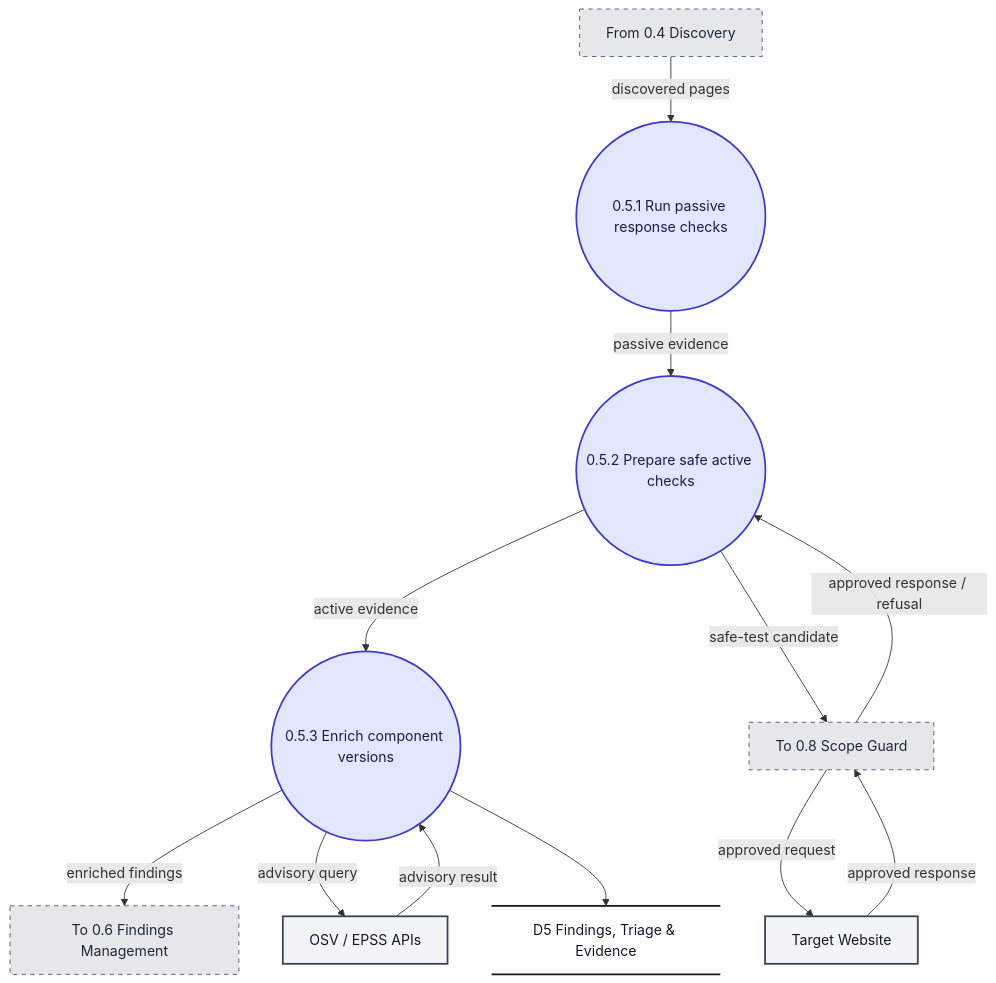
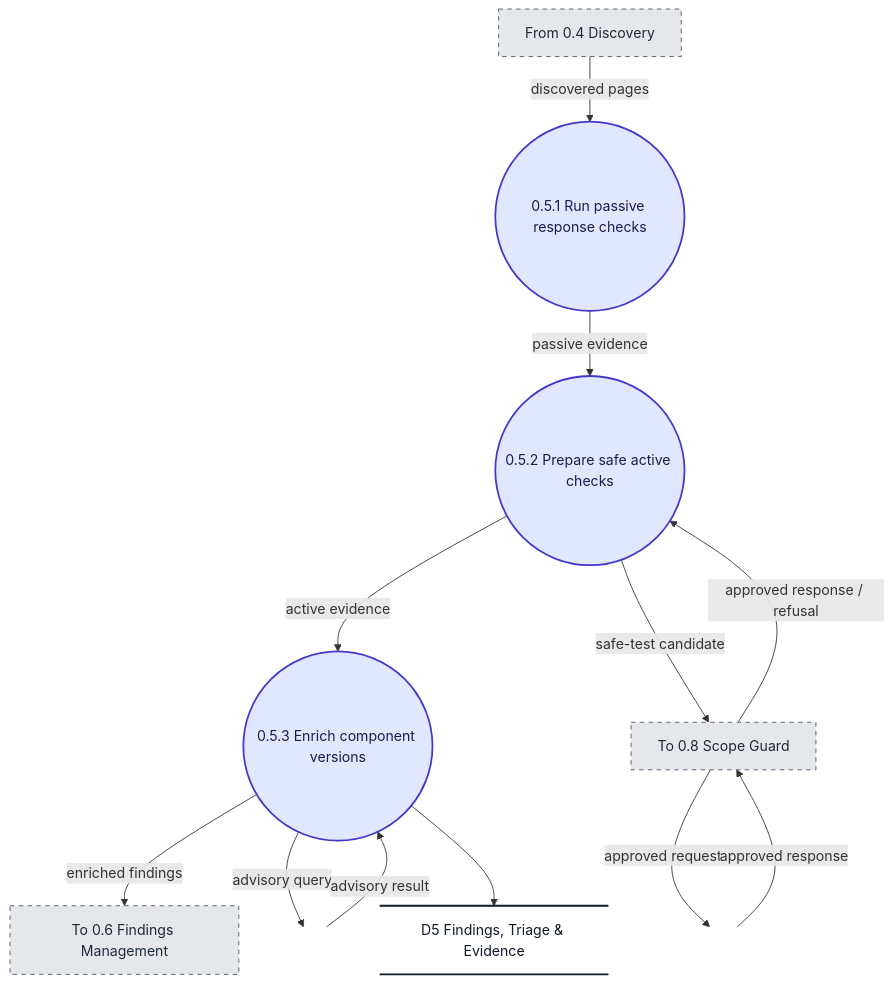
One commit to ksacheth/software-engineering changed the diagram in docs/dfd/mermaid/f.5.mmd. Above: the diagram before and after it, drawn with Mermaid. The commit also changed 19 other files, not shown here.

```diff
--- a/docs/dfd/mermaid/f.5.mmd
+++ b/docs/dfd/mermaid/f.5.mmd
@@ -1,37 +1,39 @@
 flowchart TD
     %% Level 2 DFD - F.5 Vulnerability Detection
+    %% External entities appear only in the Level 0 context diagram
+    %% (Rajib Mall, Ch. 6); boundary arrows carry cross-boundary flows.
 
     I_From["From 0.4 Discovery"]
     I_To["To 0.6 Findings Management"]
     I_ScopeGuard["To 0.8 Scope Guard"]
 
     P51(("0.5.1 Run passive response checks"))
     P52(("0.5.2 Prepare safe active checks"))
     P53(("0.5.3 Enrich component versions"))
 
     D5@{ shape: datastore, label: "D5 Findings, Triage & Evidence" }
-    Target["Target Website"]
-    OSV["OSV / EPSS APIs"]
+    B_Target[" "]
+    B_OSV[" "]
 
     I_From -->|"discovered pages"| P51
     P51 -->|"passive evidence"| P52
     P52 -->|"active evidence"| P53
     P53 -->|"enriched findings"| I_To
 
     P52 -->|"safe-test candidate"| I_ScopeGuard
-    I_ScopeGuard -->|"approved request"| Target
-    Target -->|"approved response"| I_ScopeGuard
+    I_ScopeGuard -->|"approved request"| B_Target
+    B_Target -->|"approved response"| I_ScopeGuard
     I_ScopeGuard -->|"approved response / refusal"| P52
-    P53 -->|"advisory query"| OSV
-    OSV -->|"advisory result"| P53
+    P53 -->|"advisory query"| B_OSV
+    B_OSV -->|"advisory result"| P53
     P53 --> D5
 
     %% Styling
     classDef process fill:#e0e7ff,stroke:#4338ca,stroke-width:2px,color:#1e1b4b;
-    classDef entity fill:#f3f4f6,stroke:#374151,stroke-width:2px,color:#111827;
     classDef store fill:transparent,stroke:#111827,stroke-width:2px,color:#111827;
     classDef iface fill:#e5e7eb,stroke:#4b5563,stroke-width:1px,stroke-dasharray: 5 5,color:#1f2937;
+    classDef boundary fill:transparent,stroke:transparent,color:transparent;
     class P51,P52,P53 process;
-    class Target,OSV entity;
     class D5 store;
     class I_From,I_To,I_ScopeGuard iface;
+    class B_Target,B_OSV boundary;
```
